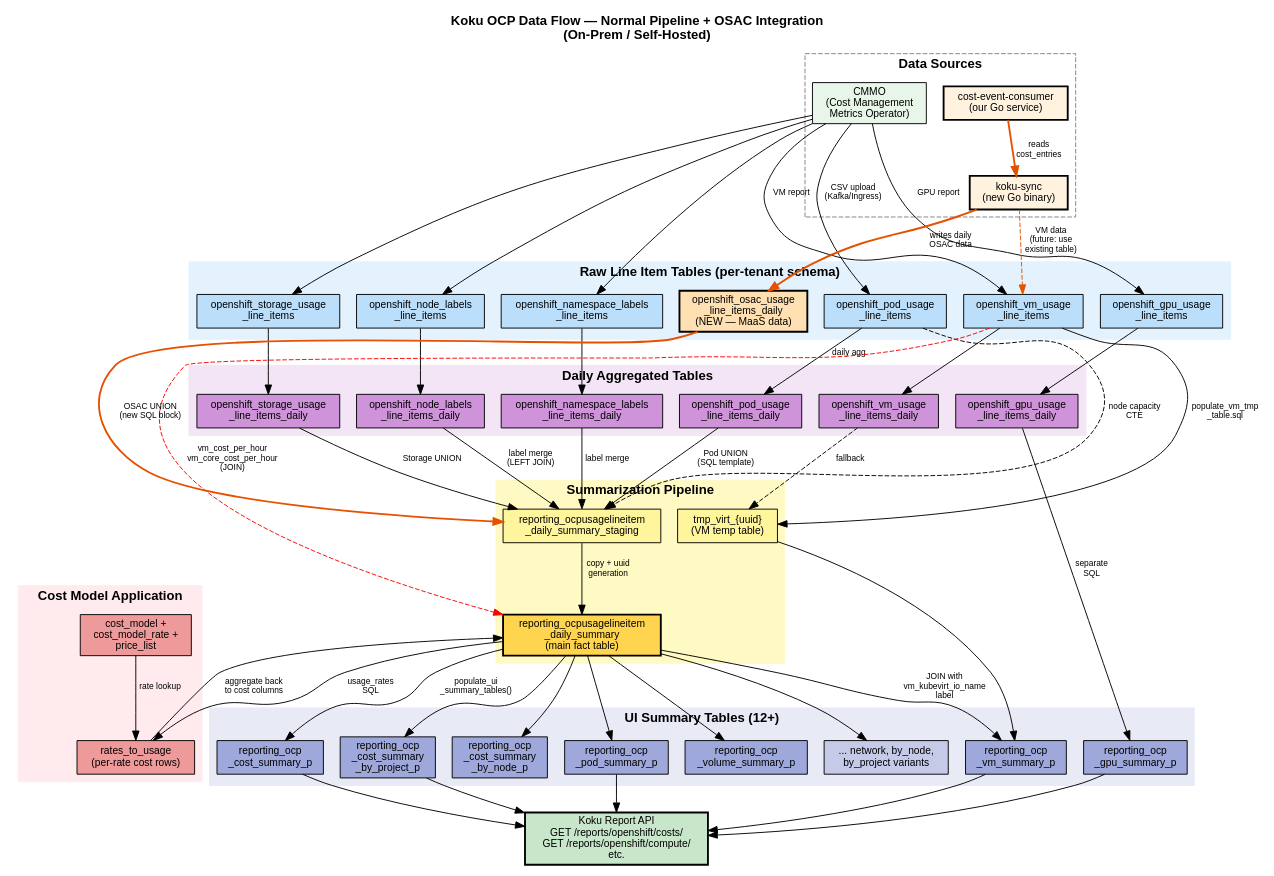
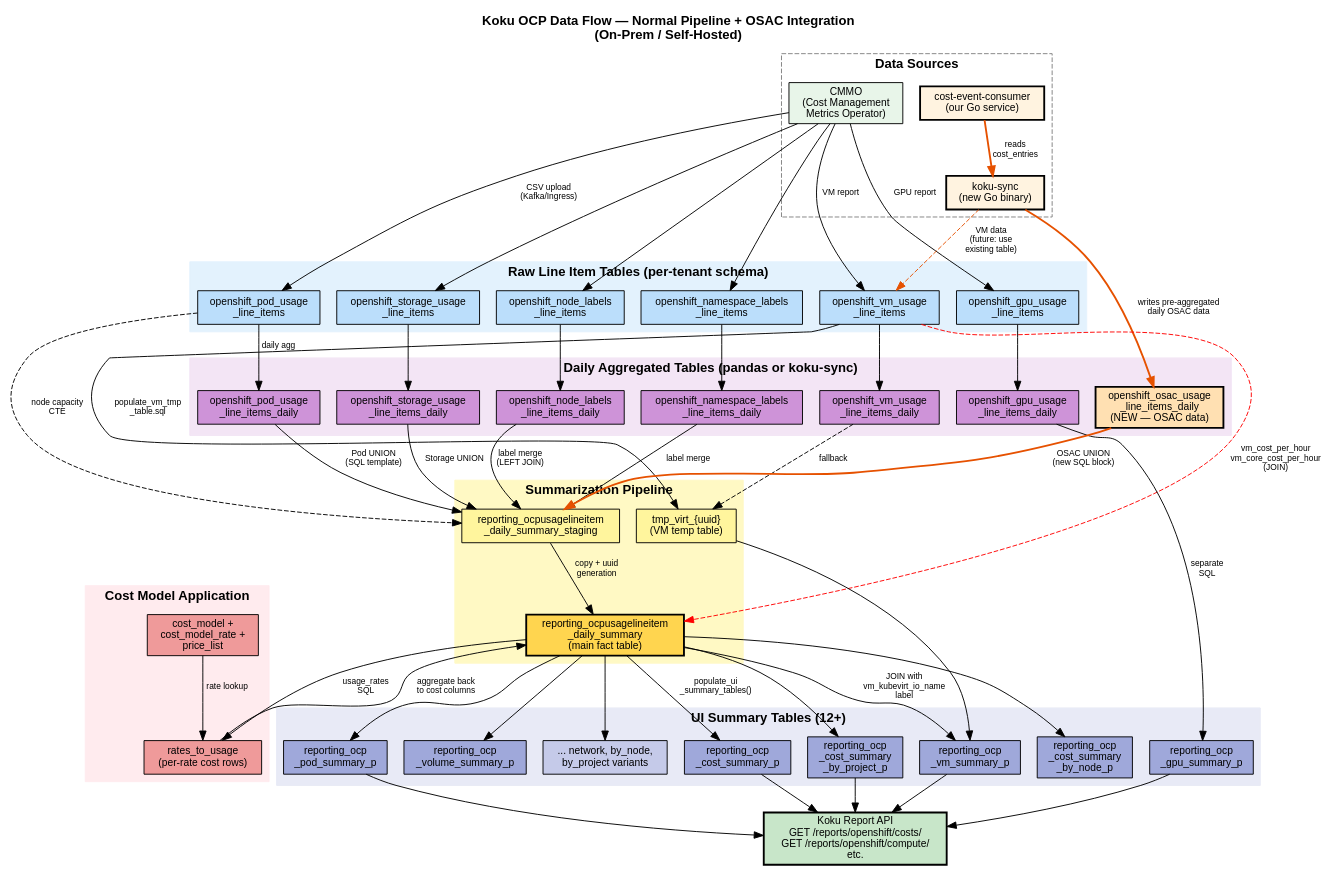
One commit to myersCody/cost_ai_grid_poc changed the diagram in docs/diagrams/koku-ocp-flow.dot. Above: the diagram before and after it, drawn with Graphviz. The commit also changed 1 other file, not shown here.

Commit message:
Fix diagram: move OSAC table from raw to daily layer

```diff
--- a/docs/diagrams/koku-ocp-flow.dot
+++ b/docs/diagrams/koku-ocp-flow.dot
@@ -1,156 +1,156 @@
 digraph koku_ocp_flow {
     rankdir=TB;
     node [shape=box, style=filled, fontname="Helvetica", fontsize=11];
     edge [fontname="Helvetica", fontsize=9];
 
     // Title
     labelloc="t";
     label="Koku OCP Data Flow — Normal Pipeline + OSAC Integration\n(On-Prem / Self-Hosted)";
     fontsize=14;
     fontname="Helvetica-Bold";
 
     // ===== DATA SOURCES =====
     subgraph cluster_sources {
         label="Data Sources";
         style=dashed;
         color=gray;
 
         cmmo [label="CMMO\n(Cost Management\nMetrics Operator)", fillcolor="#E8F5E9"];
         osac_consumer [label="cost-event-consumer\n(our Go service)", fillcolor="#FFF3E0", style="filled,bold"];
         koku_sync [label="koku-sync\n(new Go binary)", fillcolor="#FFF3E0", style="filled,bold"];
     }
 
     // ===== RAW LINE ITEM TABLES =====
     subgraph cluster_raw {
         label="Raw Line Item Tables (per-tenant schema)";
         style=filled;
         color="#E3F2FD";
 
         pod_raw [label="openshift_pod_usage\n_line_items", fillcolor="#BBDEFB"];
         storage_raw [label="openshift_storage_usage\n_line_items", fillcolor="#BBDEFB"];
         node_labels [label="openshift_node_labels\n_line_items", fillcolor="#BBDEFB"];
         ns_labels [label="openshift_namespace_labels\n_line_items", fillcolor="#BBDEFB"];
         vm_raw [label="openshift_vm_usage\n_line_items", fillcolor="#BBDEFB"];
         gpu_raw [label="openshift_gpu_usage\n_line_items", fillcolor="#BBDEFB"];
-        osac_raw [label="openshift_osac_usage\n_line_items_daily\n(NEW — MaaS data)", fillcolor="#FFE0B2", style="filled,bold"];
     }
 
     // ===== DAILY TABLES =====
     subgraph cluster_daily {
-        label="Daily Aggregated Tables";
+        label="Daily Aggregated Tables (pandas or koku-sync)";
         style=filled;
         color="#F3E5F5";
 
         pod_daily [label="openshift_pod_usage\n_line_items_daily", fillcolor="#CE93D8"];
         storage_daily [label="openshift_storage_usage\n_line_items_daily", fillcolor="#CE93D8"];
         node_labels_daily [label="openshift_node_labels\n_line_items_daily", fillcolor="#CE93D8"];
         ns_labels_daily [label="openshift_namespace_labels\n_line_items_daily", fillcolor="#CE93D8"];
         vm_daily [label="openshift_vm_usage\n_line_items_daily", fillcolor="#CE93D8"];
         gpu_daily [label="openshift_gpu_usage\n_line_items_daily", fillcolor="#CE93D8"];
+        osac_daily [label="openshift_osac_usage\n_line_items_daily\n(NEW — OSAC data)", fillcolor="#FFE0B2", style="filled,bold"];
     }
 
     // ===== SUMMARIZATION =====
     subgraph cluster_summary {
         label="Summarization Pipeline";
         style=filled;
         color="#FFF9C4";
 
         staging [label="reporting_ocpusagelineitem\n_daily_summary_staging", fillcolor="#FFF59D"];
         daily_summary [label="reporting_ocpusagelineitem\n_daily_summary\n(main fact table)", fillcolor="#FFD54F", style="filled,bold"];
         vm_tmp [label="tmp_virt_{uuid}\n(VM temp table)", fillcolor="#FFF59D"];
     }
 
     // ===== COST MODEL =====
     subgraph cluster_cost {
         label="Cost Model Application";
         style=filled;
         color="#FFEBEE";
 
         cost_model [label="cost_model +\ncost_model_rate +\nprice_list", fillcolor="#EF9A9A"];
         rates_to_usage [label="rates_to_usage\n(per-rate cost rows)", fillcolor="#EF9A9A"];
     }
 
     // ===== UI SUMMARY TABLES =====
     subgraph cluster_ui {
         label="UI Summary Tables (12+)";
         style=filled;
         color="#E8EAF6";
 
         cost_summary [label="reporting_ocp\n_cost_summary_p", fillcolor="#9FA8DA"];
         cost_by_project [label="reporting_ocp\n_cost_summary\n_by_project_p", fillcolor="#9FA8DA"];
         cost_by_node [label="reporting_ocp\n_cost_summary\n_by_node_p", fillcolor="#9FA8DA"];
         pod_summary [label="reporting_ocp\n_pod_summary_p", fillcolor="#9FA8DA"];
         vm_summary [label="reporting_ocp\n_vm_summary_p", fillcolor="#9FA8DA"];
         volume_summary [label="reporting_ocp\n_volume_summary_p", fillcolor="#9FA8DA"];
         gpu_summary [label="reporting_ocp\n_gpu_summary_p", fillcolor="#9FA8DA"];
         other_ui [label="... network, by_node,\nby_project variants", fillcolor="#C5CAE9"];
     }
 
     // ===== API =====
     koku_api [label="Koku Report API\nGET /reports/openshift/costs/\nGET /reports/openshift/compute/\netc.", fillcolor="#C8E6C9", style="filled,bold"];
 
     // ===== NORMAL FLOW (CMMO → Koku) =====
     cmmo -> pod_raw [label="CSV upload\n(Kafka/Ingress)"];
     cmmo -> storage_raw;
     cmmo -> node_labels;
     cmmo -> ns_labels;
     cmmo -> vm_raw [label="VM report"];
     cmmo -> gpu_raw [label="GPU report"];
 
     // Raw → Daily (pandas aggregation)
     pod_raw -> pod_daily [label="daily agg"];
     storage_raw -> storage_daily;
     node_labels -> node_labels_daily;
     ns_labels -> ns_labels_daily;
     vm_raw -> vm_daily;
     gpu_raw -> gpu_daily;
 
     // Daily → Staging → Summary (SQL templates)
     pod_daily -> staging [label="Pod UNION\n(SQL template)"];
     storage_daily -> staging [label="Storage UNION"];
     node_labels_daily -> staging [label="label merge\n(LEFT JOIN)"];
     ns_labels_daily -> staging [label="label merge"];
     pod_raw -> staging [label="node capacity\nCTE", style=dashed];
 
     staging -> daily_summary [label="copy + uuid\ngeneration"];
 
     // VM path (separate from Pod/Storage)
     vm_raw -> vm_tmp [label="populate_vm_tmp\n_table.sql"];
     vm_daily -> vm_tmp [style=dashed, label="fallback"];
     daily_summary -> vm_summary [label="JOIN with\nvm_kubevirt_io_name\nlabel"];
     vm_tmp -> vm_summary;
 
     // GPU path
     gpu_daily -> gpu_summary [label="separate\nSQL"];
 
     // Cost model application
     daily_summary -> rates_to_usage [label="usage_rates\nSQL"];
     cost_model -> rates_to_usage [label="rate lookup"];
     rates_to_usage -> daily_summary [label="aggregate back\nto cost columns"];
 
     // VM cost (reads from both)
     vm_raw -> daily_summary [label="vm_cost_per_hour\nvm_core_cost_per_hour\n(JOIN)", style=dashed, color=red];
 
     // Distribution + UI summary
     daily_summary -> cost_summary [label="populate_ui\n_summary_tables()"];
     daily_summary -> cost_by_project;
     daily_summary -> cost_by_node;
     daily_summary -> pod_summary;
     daily_summary -> volume_summary;
     daily_summary -> other_ui;
 
     // API reads from UI tables
     cost_summary -> koku_api;
     cost_by_project -> koku_api;
     vm_summary -> koku_api;
     pod_summary -> koku_api;
     gpu_summary -> koku_api;
 
     // ===== OSAC INTEGRATION (NEW) =====
     osac_consumer -> koku_sync [label="reads\ncost_entries", color="#E65100", penwidth=2];
-    koku_sync -> osac_raw [label="writes daily\nOSAC data", color="#E65100", penwidth=2];
-    osac_raw -> staging [label="OSAC UNION\n(new SQL block)", color="#E65100", penwidth=2, style=bold];
+    koku_sync -> osac_daily [label="writes pre-aggregated\ndaily OSAC data", color="#E65100", penwidth=2];
+    osac_daily -> staging [label="OSAC UNION\n(new SQL block)", color="#E65100", penwidth=2, style=bold];
 
     // Alternative: VMs directly to existing VM table
     koku_sync -> vm_raw [label="VM data\n(future: use\nexisting table)", color="#E65100", style=dashed];
 }
```
